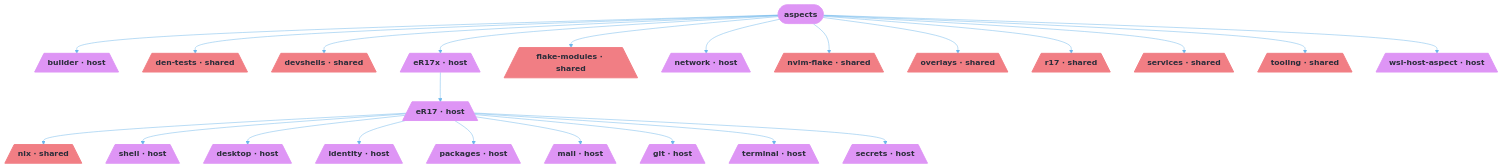
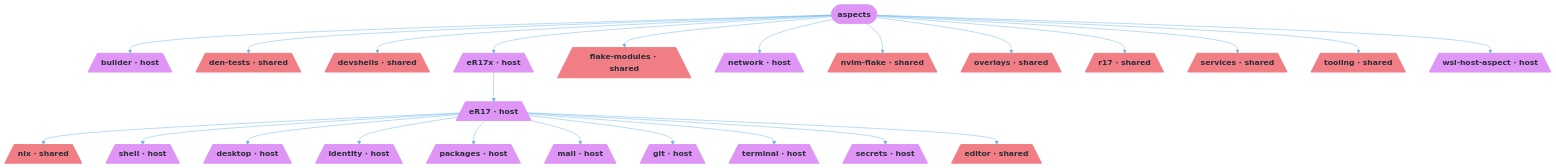
The fifth of 5 diagrams in README.md (r17x/universe), drawn with Mermaid before and after one commit. The commit also changed other lines of this file and 11 other files, not shown here.

````diff
--- a/README.md
+++ b/README.md
@@ -370,74 +379,77 @@
 ```mermaid
 %%{init: {"theme":"base","themeVariables":{"activationBkgColor":"#EC7279","activationBorderColor":"#EF9F76","actorBkg":"#EC7279","actorBorder":"#6CB6EB","actorLineColor":"#6CB6EB","actorTextColor":"#D38AEA","background":"#2B2D3A","classText":"#D38AEA","clusterBkg":"#EC7279","clusterBorder":"#EF9F76","edgeLabelBackground":"#2B2D3A","labelBoxBkgColor":"#EC7279","labelBoxBorderColor":"#6CB6EB","labelTextColor":"#D38AEA","lineColor":"#6CB6EB","loopTextColor":"#D38AEA","mainBkg":"#EC7279","nodeBkg":"#EC7279","nodeBorder":"#6CB6EB","nodeTextColor":"#D38AEA","noteBkgColor":"#EC7279","noteBorderColor":"#EF9F76","noteTextColor":"#D38AEA","pie1":"#3D3D40","pie2":"#F17E84","pie3":"#B1D48B","pie4":"#F5B083","pie5":"#7EC1F5","pie6":"#DE95F5","pie7":"#68C7CD","pie8":"#F0F4FA","pieLegendTextColor":"#D38AEA","pieOuterStrokeColor":"#EF9F76","pieSectionTextColor":"#D38AEA","pieStrokeColor":"#EF9F76","pieTitleTextColor":"#D38AEA","primaryBorderColor":"#6CB6EB","primaryColor":"#EC7279","primaryTextColor":"#D38AEA","secondBkg":"#EC7279","secondaryBorderColor":"#EF9F76","secondaryColor":"#EC7279","secondaryTextColor":"#D38AEA","sequenceNumberColor":"#2B2D3A","signalColor":"#6CB6EB","signalTextColor":"#D38AEA","tertiaryBorderColor":"#EF9F76","tertiaryColor":"#EC7279","tertiaryTextColor":"#D38AEA","textColor":"#D38AEA","titleColor":"#D38AEA"}}}%%
 graph TD
   aspects([aspects]):::root
   builder[/"builder · host"\]:::builder_c
   den_tests[/"den-tests · shared"\]:::den_tests_c
   desktop[/"desktop · host"\]:::desktop_c
   devshells[/"devshells · shared"\]:::devshells_c
   eR17[/"eR17 · host"\]:::eR17_c
   eR17x[/"eR17x · host"\]:::eR17x_c
+  editor[/"editor · shared"\]:::editor_c
   flake_modules[/"flake-modules · shared"\]:::flake_modules_c
   git[/"git · host"\]:::git_c
   identity[/"identity · host"\]:::identity_c
   mail[/"mail · host"\]:::mail_c
   network[/"network · host"\]:::network_c
   nix[/"nix · shared"\]:::nix_c
   nvim_flake[/"nvim-flake · shared"\]:::nvim_flake_c
   overlays[/"overlays · shared"\]:::overlays_c
   packages[/"packages · host"\]:::packages_c
   r17[/"r17 · shared"\]:::r17_c
   secrets[/"secrets · host"\]:::secrets_c
   services[/"services · shared"\]:::services_c
   shell[/"shell · host"\]:::shell_c
   terminal[/"terminal · host"\]:::terminal_c
   tooling[/"tooling · shared"\]:::tooling_c
   wsl_host_aspect[/"wsl-host-aspect · host"\]:::wsl_host_aspect_c
 
   aspects --> builder
   aspects --> den_tests
   aspects --> devshells
   aspects --> eR17x
   aspects --> flake_modules
   aspects --> network
   aspects --> nvim_flake
   aspects --> overlays
   aspects --> r17
   aspects --> services
   aspects --> tooling
   aspects --> wsl_host_aspect
   eR17 --> nix
   eR17 --> shell
   eR17 --> desktop
   eR17 --> identity
   eR17 --> packages
   eR17 --> mail
   eR17 --> git
   eR17 --> terminal
   eR17 --> secrets
+  eR17 --> editor
   eR17x --> eR17
 
   classDef root fill:#DE95F5,stroke:#DE95F5,color:#2B2D3A,font-weight:bold
   classDef builder_c fill:#DE95F5,stroke:#DE95F5,color:#2B2D3A,stroke-width:2px
   classDef den_tests_c fill:#F17E84,stroke:#F17E84,color:#2B2D3A,stroke-width:2px
   classDef desktop_c fill:#DE95F5,stroke:#DE95F5,color:#2B2D3A,stroke-width:2px
   classDef devshells_c fill:#F17E84,stroke:#F17E84,color:#2B2D3A,stroke-width:2px
   classDef eR17_c fill:#DE95F5,stroke:#DE95F5,color:#2B2D3A,stroke-width:2px
   classDef eR17x_c fill:#DE95F5,stroke:#DE95F5,color:#2B2D3A,stroke-width:2px
+  classDef editor_c fill:#F17E84,stroke:#F17E84,color:#2B2D3A,stroke-width:2px
   classDef flake_modules_c fill:#F17E84,stroke:#F17E84,color:#2B2D3A,stroke-width:2px
   classDef git_c fill:#DE95F5,stroke:#DE95F5,color:#2B2D3A,stroke-width:2px
   classDef identity_c fill:#DE95F5,stroke:#DE95F5,color:#2B2D3A,stroke-width:2px
   classDef mail_c fill:#DE95F5,stroke:#DE95F5,color:#2B2D3A,stroke-width:2px
   classDef network_c fill:#DE95F5,stroke:#DE95F5,color:#2B2D3A,stroke-width:2px
   classDef nix_c fill:#F17E84,stroke:#F17E84,color:#2B2D3A,stroke-width:2px
   classDef nvim_flake_c fill:#F17E84,stroke:#F17E84,color:#2B2D3A,stroke-width:2px
   classDef overlays_c fill:#F17E84,stroke:#F17E84,color:#2B2D3A,stroke-width:2px
   classDef packages_c fill:#DE95F5,stroke:#DE95F5,color:#2B2D3A,stroke-width:2px
   classDef r17_c fill:#F17E84,stroke:#F17E84,color:#2B2D3A,stroke-width:2px
   classDef secrets_c fill:#DE95F5,stroke:#DE95F5,color:#2B2D3A,stroke-width:2px
   classDef services_c fill:#F17E84,stroke:#F17E84,color:#2B2D3A,stroke-width:2px
   classDef shell_c fill:#DE95F5,stroke:#DE95F5,color:#2B2D3A,stroke-width:2px
   classDef terminal_c fill:#DE95F5,stroke:#DE95F5,color:#2B2D3A,stroke-width:2px
   classDef tooling_c fill:#F17E84,stroke:#F17E84,color:#2B2D3A,stroke-width:2px
   classDef wsl_host_aspect_c fill:#DE95F5,stroke:#DE95F5,color:#2B2D3A,stroke-width:2px
 ```
````
